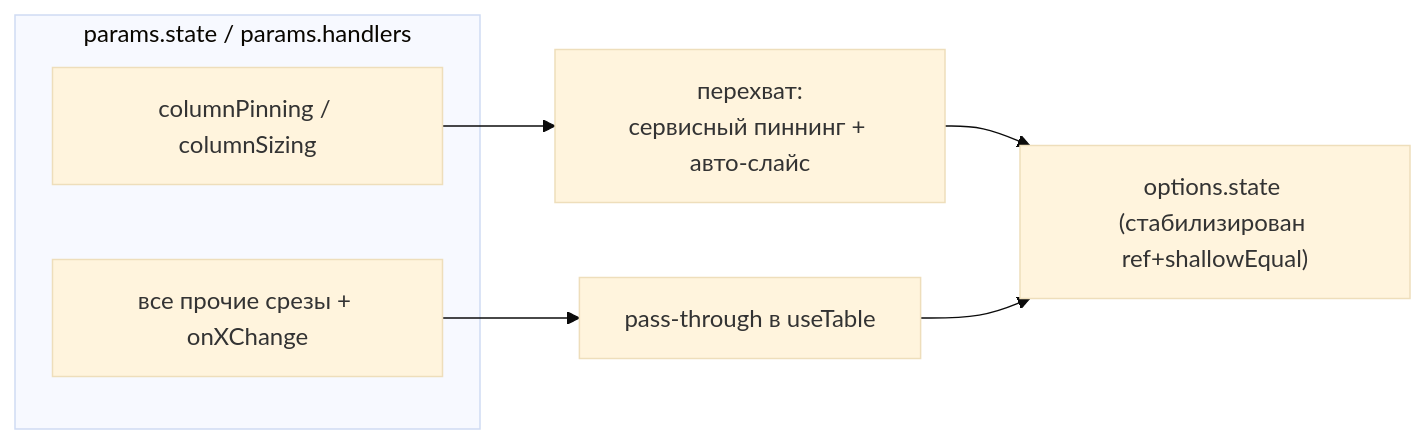
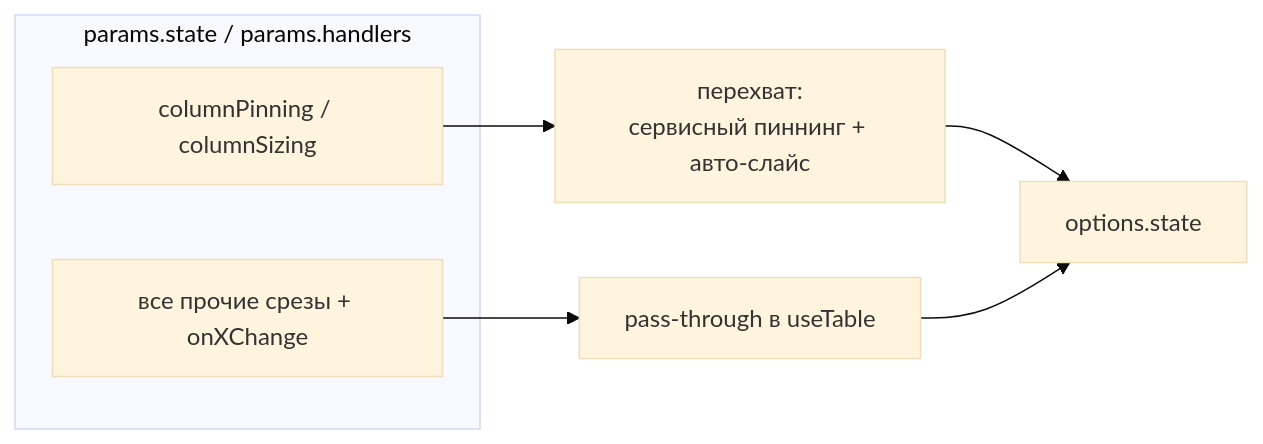
The second of 2 diagrams in docs/architecture/table-assembly.md (tessera-grid/tessera), drawn with Mermaid (base theme) before and after one commit. The commit also changed other lines of this file and 6 other files, not shown here.

````diff
--- a/docs/architecture/table-assembly.md
+++ b/docs/architecture/table-assembly.md
@@ -74,11 +74,11 @@
 ```mermaid
 flowchart LR
     subgraph input["params.state / params.handlers"]
         P["columnPinning / columnSizing"]
         R["все прочие срезы + onXChange"]
     end
     P --> CTRL["перехват:<br/>сервисный пиннинг + авто-слайс"]
     R --> PASS["pass-through в useTable"]
-    CTRL --> MERGE["options.state (стабилизирован ref+shallowEqual)"]
+    CTRL --> MERGE["options.state"]
     PASS --> MERGE
 ```
````
